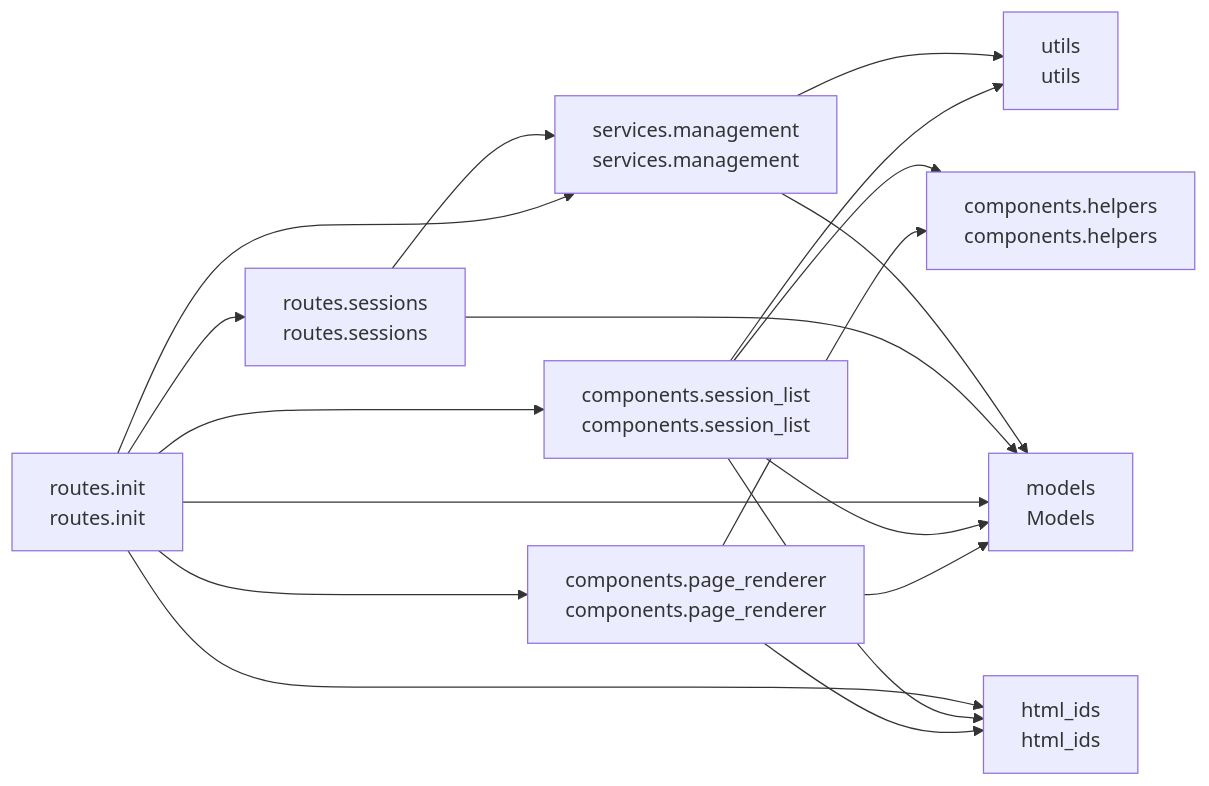
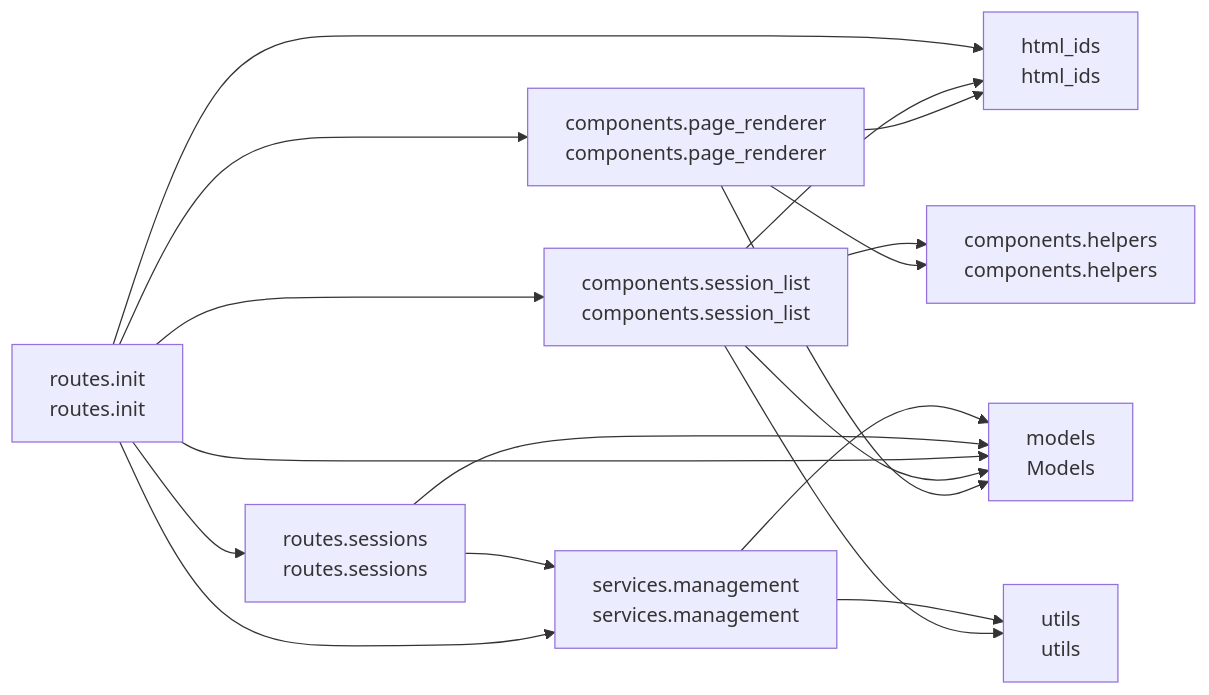
The diagram in README.md (cj-mills/cjm-fasthtml-workflow-session-management), drawn with Mermaid before and after one commit. The commit also changed other lines of this file and 6 other files, not shown here.

````diff
--- a/README.md
+++ b/README.md
@@ -32,30 +32,30 @@
 ``` mermaid
 graph LR
     components_helpers[components.helpers<br/>components.helpers]
     components_page_renderer[components.page_renderer<br/>components.page_renderer]
     components_session_list[components.session_list<br/>components.session_list]
     html_ids[html_ids<br/>html_ids]
     models[models<br/>Models]
     routes_init[routes.init<br/>routes.init]
     routes_sessions[routes.sessions<br/>routes.sessions]
     services_management[services.management<br/>services.management]
     utils[utils<br/>utils]
 
+    components_page_renderer --> models
     components_page_renderer --> components_helpers
     components_page_renderer --> html_ids
-    components_page_renderer --> models
     components_session_list --> models
+    components_session_list --> utils
     components_session_list --> components_helpers
-    components_session_list --> utils
     components_session_list --> html_ids
+    routes_init --> models
+    routes_init --> html_ids
+    routes_init --> components_page_renderer
     routes_init --> components_session_list
+    routes_init --> services_management
     routes_init --> routes_sessions
-    routes_init --> services_management
-    routes_init --> models
-    routes_init --> components_page_renderer
-    routes_init --> html_ids
     routes_sessions --> models
     routes_sessions --> services_management
     services_management --> models
     services_management --> utils
 ```
````
